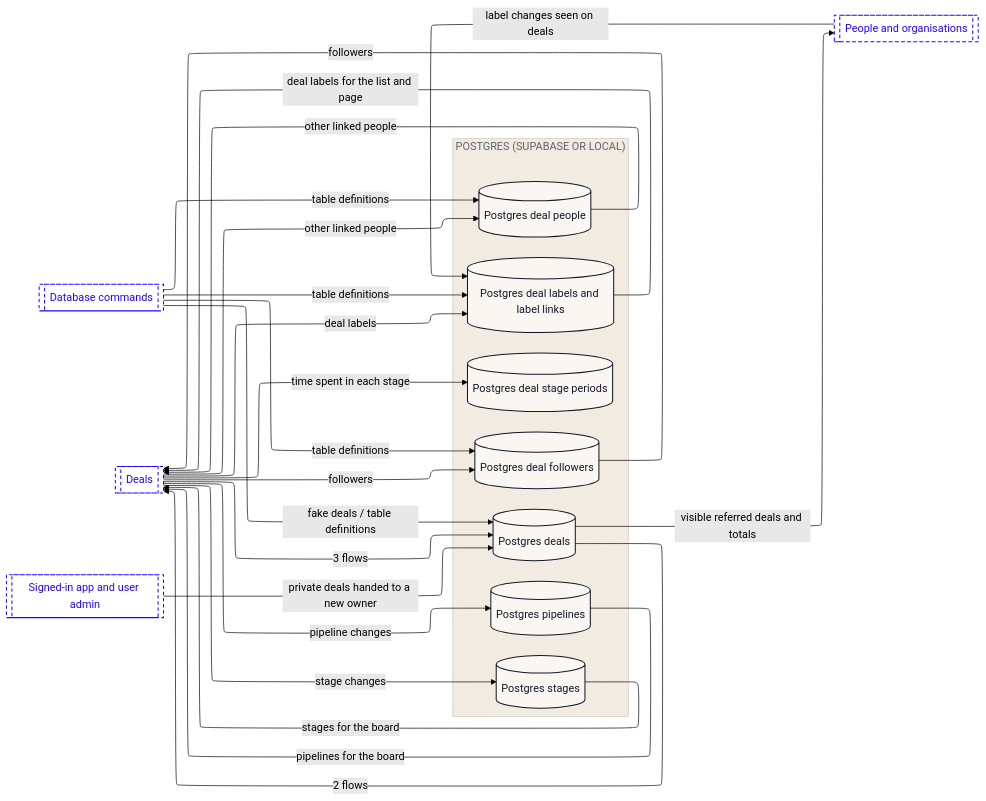
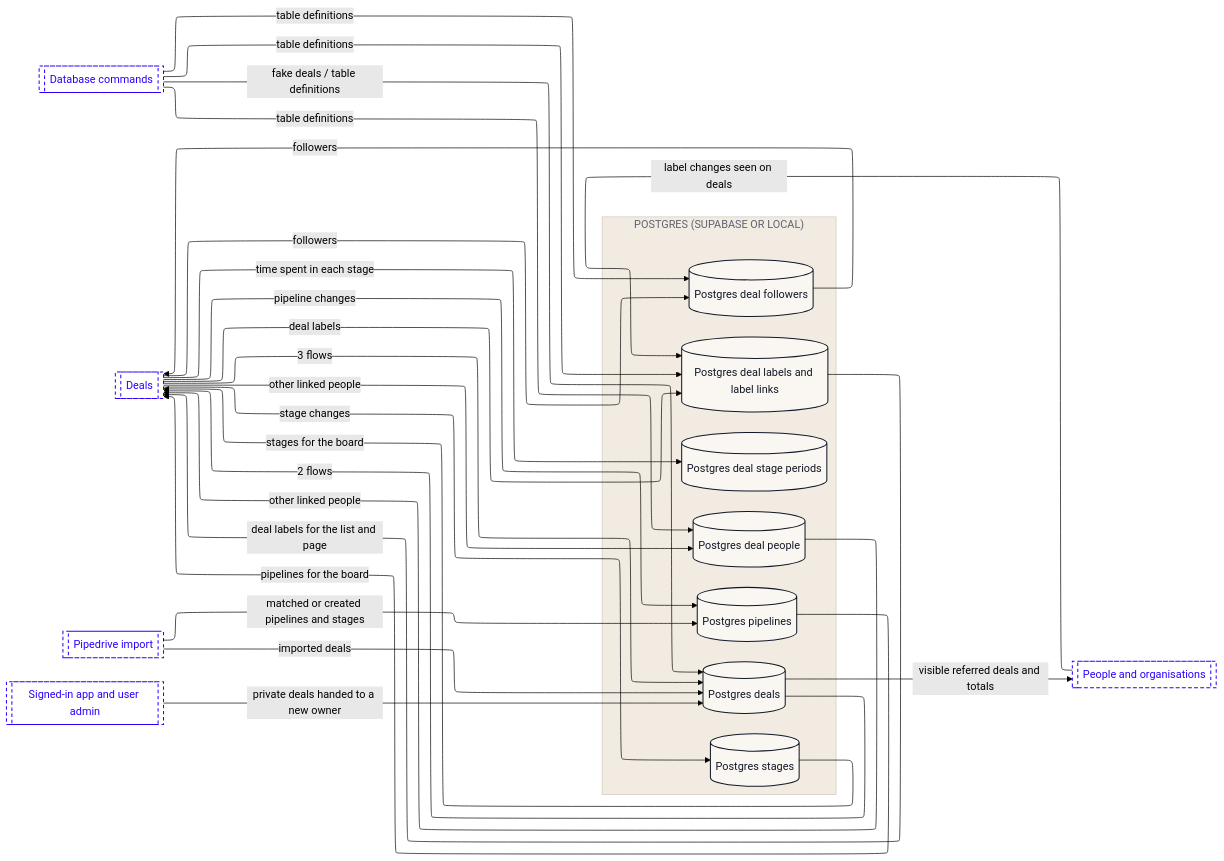
The sixth of 12 diagrams in dataflow/DATAFLOW.md (Romain-Perche/Barnacle-Pipe), drawn with Mermaid (forest theme) before and after one commit. The commit also changed other lines of this file and 6 other files, not shown here.

````diff
--- a/dataflow/DATAFLOW.md
+++ b/dataflow/DATAFLOW.md
@@ -371,49 +375,52 @@
 ```mermaid
 ---
 config:
   layout: elk
 ---
 flowchart LR
     subgraph z1["POSTGRES (SUPABASE OR LOCAL)"]
         n1[("Postgres deal followers")]
         n2[("Postgres deal labels and label links")]
         n3[("Postgres deal people")]
         n4[("Postgres deal stage periods")]
         n5[("Postgres deals")]
         n6[("Postgres pipelines")]
         n7[("Postgres stages")]
     end
     n8[["Database commands"]]
     n9[["Deals"]]
-    n10[["People and organisations"]]
-    n11[["Signed-in app and user admin"]]
-    n10 -->|"label changes seen on deals"| n2
+    n10[["Pipedrive import"]]
+    n11[["People and organisations"]]
+    n12[["Signed-in app and user admin"]]
+    n11 -->|"label changes seen on deals"| n2
     n1 -->|"followers"| n9
     n2 -->|"deal labels for the list and page"| n9
     n3 -->|"other linked people"| n9
     n9 -->|"followers"| n1
     n9 -->|"deal labels"| n2
     n9 -->|"other linked people"| n3
     n9 -->|"time spent in each stage"| n4
     n9 -->|"3 flows"| n5
-    n5 -->|"visible referred deals and totals"| n10
+    n5 -->|"visible referred deals and totals"| n11
     n5 -->|"2 flows"| n9
     n8 -->|"table definitions"| n1
     n8 -->|"table definitions"| n2
     n8 -->|"table definitions"| n3
     n8 -->|"fake deals / table definitions"| n5
+    n10 -->|"imported deals"| n5
+    n10 -->|"matched or created pipelines and stages"| n6
     n9 -->|"pipeline changes"| n6
     n9 -->|"stage changes"| n7
     n6 -->|"pipelines for the board"| n9
     n7 -->|"stages for the board"| n9
-    n11 -->|"private deals handed to a new owner"| n5
+    n12 -->|"private deals handed to a new owner"| n5
     classDef actor fill:#FFFFFF,stroke:#111827,stroke-width:1px,color:#111827
     classDef process fill:#EDEAFF,stroke:#2B00FF,stroke-width:1.5px,color:#111827
     classDef store fill:#FAF6F1,stroke:#111827,stroke-width:1.5px,color:#111827
     classDef zone fill:#1A1A1A,stroke:#1A1A1A,color:#FFFFFF
     classDef group fill:#2B00FF,stroke:#2B00FF,color:#FFFFFF
     classDef stub fill:#FFFFFF,stroke:#2B00FF,stroke-width:1.5px,stroke-dasharray:5 4,color:#2B00FF
     class n1,n2,n3,n4,n5,n6,n7 store
-    class n8,n9,n10,n11 stub
+    class n8,n9,n10,n11,n12 stub
     style z1 fill:#F1EBE2,stroke:#CFC7BB,color:#5D6270
 ```
````
